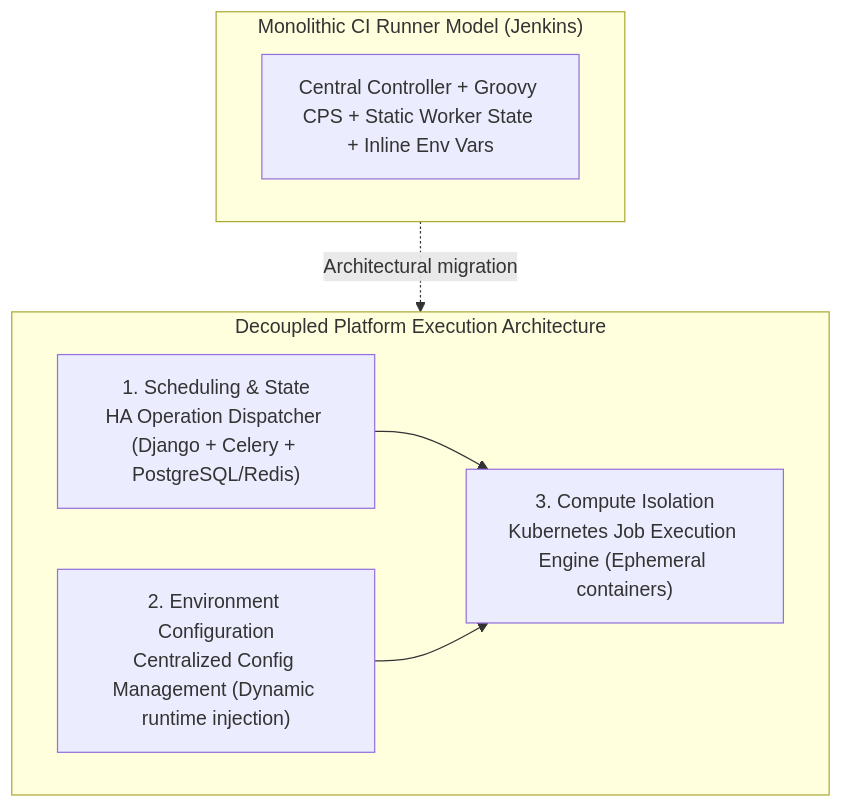
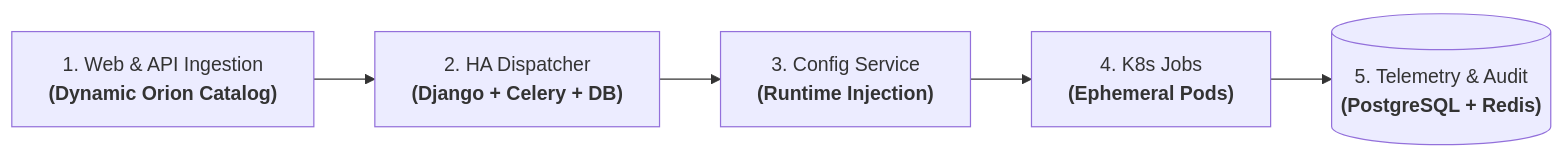
One commit to oredondo/oredondo.github.io changed the diagram in docs/blog/posts/2026-02-15-leaving-jenkins-at-scale-custom-dispatcher.md. Above: the diagram before and after it, drawn with Mermaid. The commit also changed other lines of this file and 31 other files, not shown here.

First line of the commit message:
refactor(portfolio): unify architecture case studies, NextGen context, blog essays, and bilingual CV

````diff
--- a/docs/blog/posts/2026-02-15-leaving-jenkins-at-scale-custom-dispatcher.md
+++ b/docs/blog/posts/2026-02-15-leaving-jenkins-at-scale-custom-dispatcher.md
@@ -45,16 +69,7 @@
 ```mermaid
-flowchart TD
-    subgraph Old["Monolithic CI Runner Model (Jenkins)"]
-        J["Central Controller + Groovy CPS + Static Worker State + Inline Env Vars"]
-    end
-
-    subgraph New["Decoupled Platform Execution Architecture"]
-        D["1. Scheduling & State<br/>HA Operation Dispatcher (Django + Celery + PostgreSQL/Redis)"]
-        C["2. Environment Configuration<br/>Centralized Config Management (Dynamic runtime injection)"]
-        K["3. Compute Isolation<br/>Kubernetes Job Execution Engine (Ephemeral containers)"]
-        D --> K
-        C --> K
-    end
-
-    Old -. "Architectural migration" .-> New
+flowchart LR
+    Front["1. Web & API Ingestion<br/><b>(Dynamic Orion Catalog)</b>"] --> Disp["2. HA Dispatcher<br/><b>(Django + Celery + DB)</b>"]
+    Disp --> Config["3. Config Service<br/><b>(Runtime Injection)</b>"]
+    Config --> K8s["4. K8s Jobs<br/><b>(Ephemeral Pods)</b>"]
+    K8s --> Audit[("5. Telemetry & Audit<br/><b>(PostgreSQL + Redis)</b>")]
 ```
````
